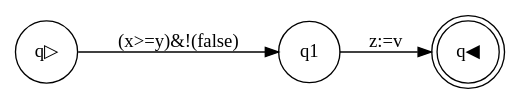
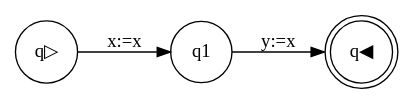
The diagram in Package/DFA.gv (gernsoe/02141_parsing), drawn with Graphviz before and after one commit. The commit also changed 1 other file, not shown here.

```diff
--- a/Package/DFA.gv
+++ b/Package/DFA.gv
@@ -1,7 +1,7 @@
 digraph program_graph {rankdir=LR; 
 node [shape = circle]; q▷; 
 node [shape = doublecircle]; q◀; 
 node [shape = circle]
-q▷ -> q1[label = "(x>=y)&!(false)"];
-q1 -> q◀[label = "z:=v"];
+q▷ -> q1[label = "x:=x"];
+q1 -> q◀[label = "y:=x"];
 }
```
